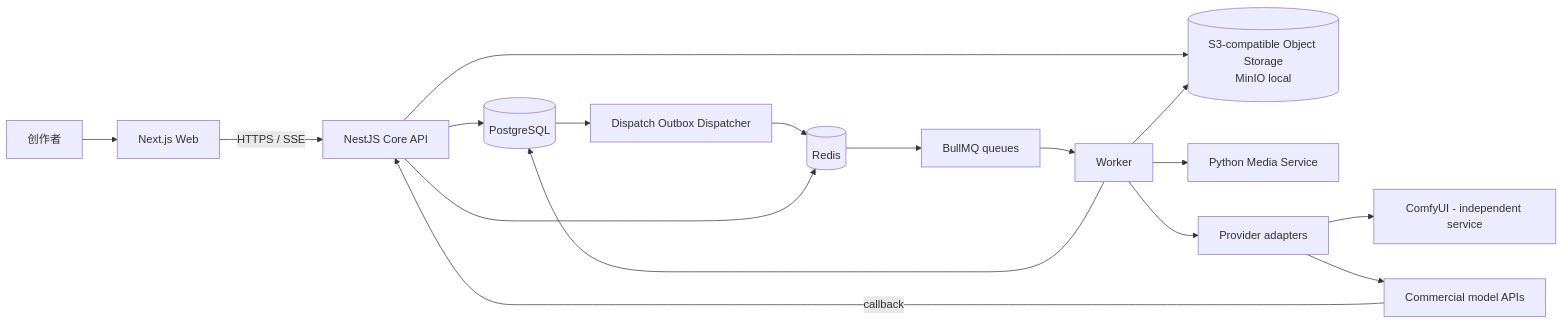
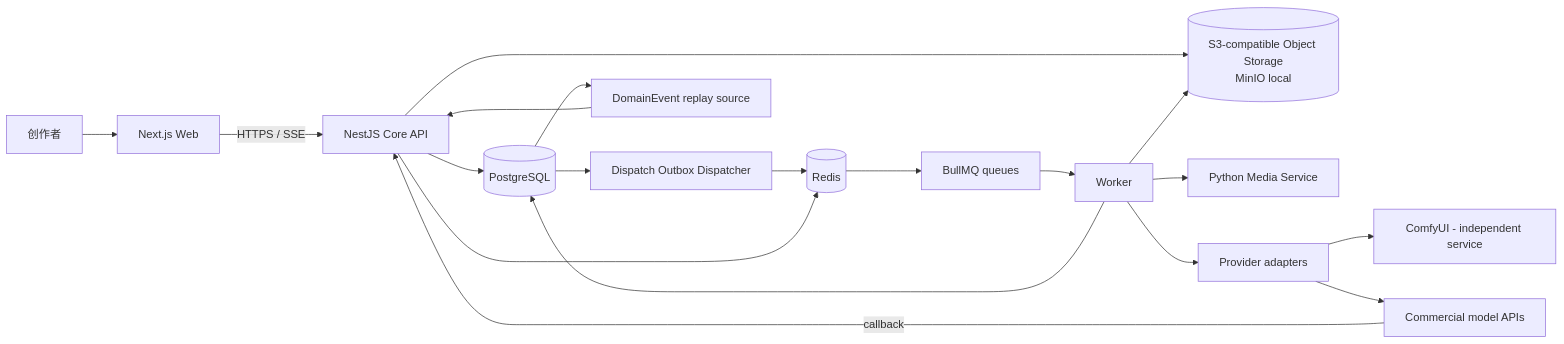
The diagram in docs/ARCHITECTURE.md (xyq-dev/ai-drama-studio), drawn with Mermaid before and after one commit. The commit also changed other lines of this file and 8 other files, not shown here.

Commit message:
docs: finalize v1 architecture consistency

````diff
--- a/docs/ARCHITECTURE.md
+++ b/docs/ARCHITECTURE.md
@@ -5,19 +5,21 @@
 ```mermaid
 flowchart LR
   U[创作者] --> W[Next.js Web]
   W -->|HTTPS / SSE| A[NestJS Core API]
   A --> P[(PostgreSQL)]
   P --> D[Dispatch Outbox Dispatcher]
   D --> R
+  P --> E[DomainEvent replay source]
+  E --> A
   A --> O[(S3-compatible Object Storage\nMinIO local)]
   A --> R[(Redis)]
   R --> Q[BullMQ queues]
   Q --> K[Worker]
   K --> P
   K --> O
   K --> M[Python Media Service]
   K --> X[Provider adapters]
   X --> C[ComfyUI - independent service]
   X --> V[Commercial model APIs]
   V -->|callback| A
 ```
````
